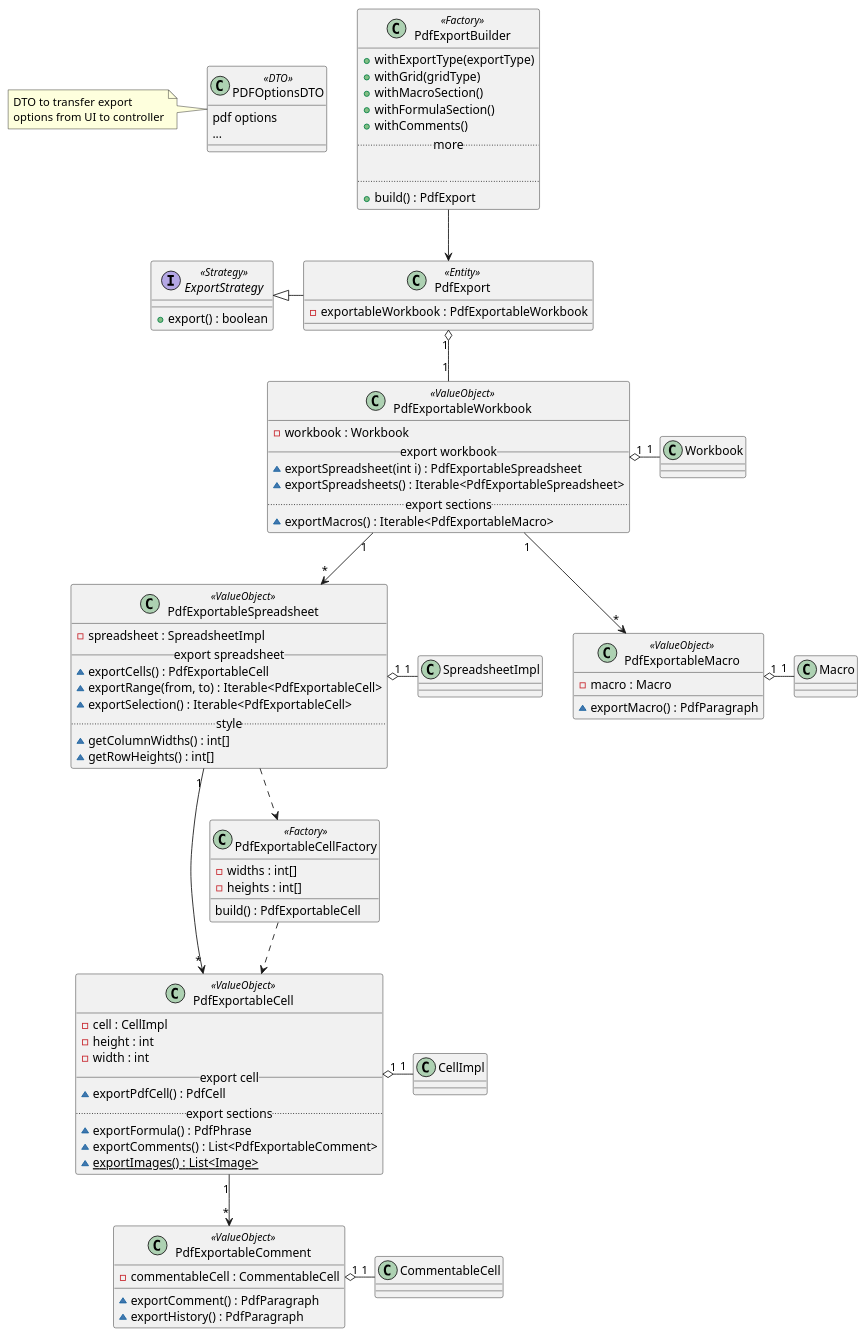
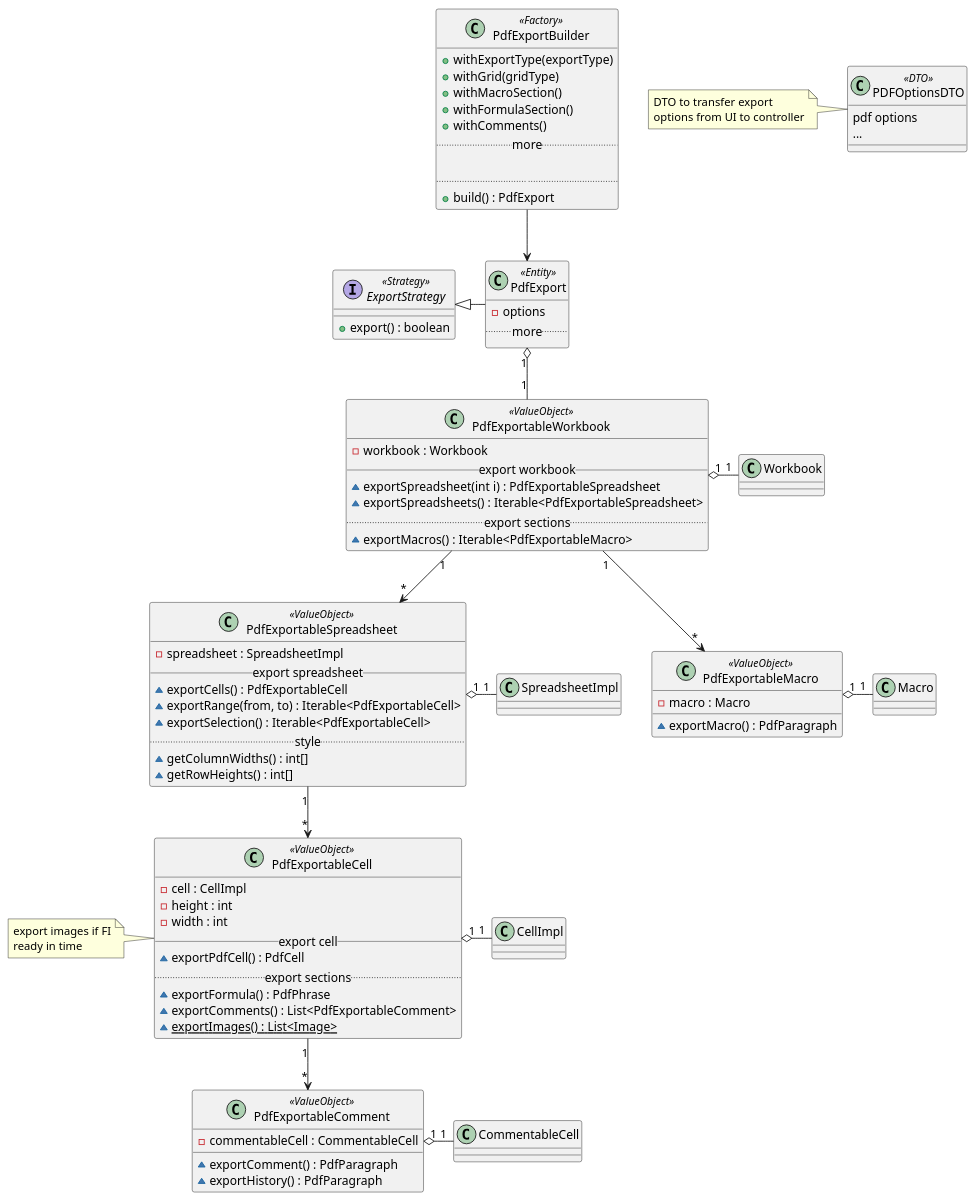
Before and after one commit to MikeTekOn/lapr4-2017-2dd: the diagram in src/main/java/lapr4/blue/s3/core/n1151452/pdfexport/complete_pdf_export_dm.puml, drawn with PlantUML. The commit also changed 20 other files, not shown here.

```diff
--- a/src/main/java/lapr4/blue/s3/core/n1151452/pdfexport/complete_pdf_export_dm.puml
+++ b/src/main/java/lapr4/blue/s3/core/n1151452/pdfexport/complete_pdf_export_dm.puml
@@ -1,109 +1,107 @@
 @startuml complete_pdf_export_dm.png
 
 /' *** BIZ RULES *** '/
 
 class PdfExportableCell <<ValueObject>> {
     - cell : CellImpl
     - height : int
     - width : int
     __ export cell __
     ~ exportPdfCell() : PdfCell
     .. export sections ..
     ~ exportFormula() : PdfPhrase
     ~ exportComments() : List<PdfExportableComment>
     ~ ~~exportImages() : List<Image>~~
 }
+
+note left
+export images if FI
+ready in time
+end note
 
 class PdfExportableComment <<ValueObject>> {
     - commentableCell : CommentableCell
     /' **** Behaviour **** '/
     ~ exportComment() : PdfParagraph
     ~ exportHistory() : PdfParagraph
 }
 
 class PdfExportableMacro <<ValueObject>> {
     - macro : Macro
     ~ exportMacro() : PdfParagraph
 }
 
 class PdfExportableSpreadsheet <<ValueObject>> {
     - spreadsheet : SpreadsheetImpl
     __ export spreadsheet __
     ~ exportCells() : PdfExportableCell
     ~ exportRange(from, to) : Iterable<PdfExportableCell>
     ~ exportSelection() : Iterable<PdfExportableCell>
     .. style ..
     ~ getColumnWidths() : int[]
     ~ getRowHeights() : int[]
 }
 
 class PdfExportableWorkbook <<ValueObject>> {
     - workbook : Workbook
     __ export workbook __
     ~ exportSpreadsheet(int i) : PdfExportableSpreadsheet
     ~ exportSpreadsheets() : Iterable<PdfExportableSpreadsheet>
     .. export sections ..
     ~ exportMacros() : Iterable<PdfExportableMacro>
 }
 
 interface ExportStrategy <<Strategy>> {
     + export() : boolean
 }
 
 class PdfExport <<Entity>> {
-    - exportableWorkbook : PdfExportableWorkbook
+    - options
+    .. more ..
 }
 
 /' *** PURE FABRICATION *** '/
-
-class PdfExportableCellFactory <<Factory>> {
-    - widths : int[]
-    - heights : int[]
-    build() : PdfExportableCell
-}
 
 class PDFOptionsDTO <<DTO>> {
     pdf options
     ...
 }
 note left
 DTO to transfer export
 options from UI to controller
 end note
 
 class PdfExportBuilder <<Factory>> {
     + withExportType(exportType)
     + withGrid(gridType)
     + withMacroSection()
     + withFormulaSection()
     + withComments()
     .. more ..
 
     .. ..
     + build() : PdfExport
 }
 
 /' *** RELATIONS *** '/
 
 PdfExportableCell "1" o- "1" CellImpl
 PdfExportableCell "1" --> "*" PdfExportableComment
 PdfExportableComment "1" o- "1" CommentableCell
-PdfExportableCellFactory ..> PdfExportableCell
 
 PdfExportableSpreadsheet "1" --> "*" PdfExportableCell
 PdfExportableSpreadsheet "1" o- "1" SpreadsheetImpl
-PdfExportableSpreadsheet ..> PdfExportableCellFactory
 
 PdfExportableWorkbook "1" o- "1" Workbook
 PdfExportableWorkbook "1" --> "*" PdfExportableSpreadsheet
 PdfExportableWorkbook "1" --> "*" PdfExportableMacro
 
 PdfExportableMacro "1" o- "1" Macro
 
 ExportStrategy <|- PdfExport
 
 PdfExport "1" o-- "1" PdfExportableWorkbook
 
 PdfExportBuilder --> PdfExport
 
 @enduml
```
